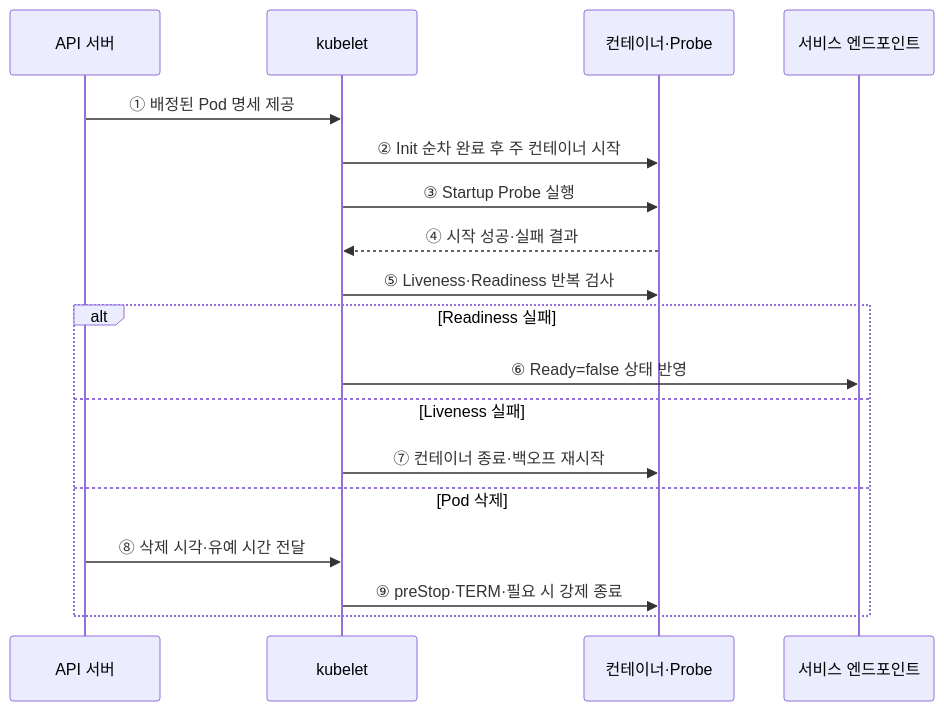
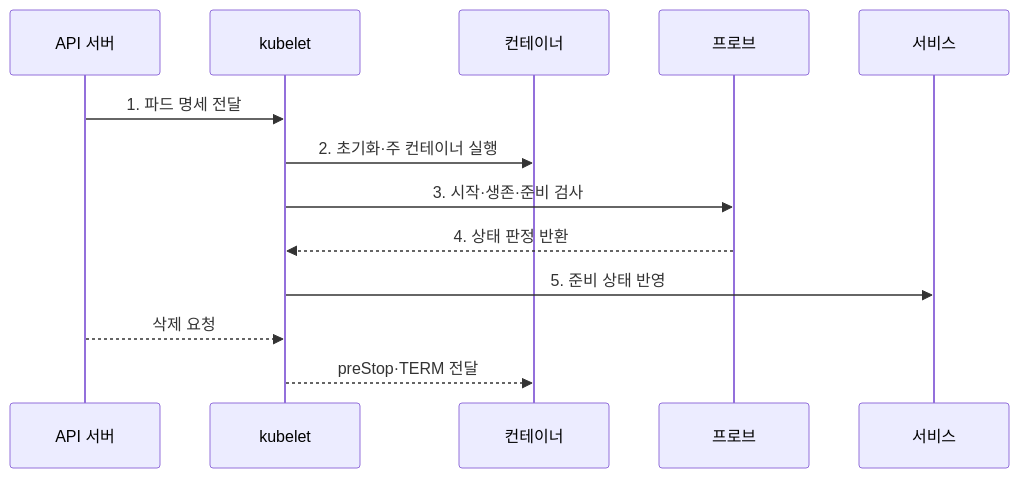
The second of 2 diagrams in src/content/docs/notes/03-software/153_kubernetes_pod_lifecycle.md (agnusdei1207/knowledge-base), drawn with Mermaid before and after one commit. The commit also changed other lines of this file and 20 other files, not shown here.

````diff
--- a/src/content/docs/notes/03-software/153_kubernetes_pod_lifecycle.md
+++ b/src/content/docs/notes/03-software/153_kubernetes_pod_lifecycle.md
@@ -73,20 +85,15 @@
 ```mermaid
 sequenceDiagram
     participant A as API 서버
     participant K as kubelet
-    participant C as 컨테이너·Probe
-    participant E as 서비스 엔드포인트
-    A->>K: ① 배정된 Pod 명세 제공
-    K->>C: ② Init 순차 완료 후 주 컨테이너 시작
-    K->>C: ③ Startup Probe 실행
-    C-->>K: ④ 시작 성공·실패 결과
-    K->>C: ⑤ Liveness·Readiness 반복 검사
-    alt Readiness 실패
-        K->>E: ⑥ Ready=false 상태 반영
-    else Liveness 실패
-        K->>C: ⑦ 컨테이너 종료·백오프 재시작
-    else Pod 삭제
-        A->>K: ⑧ 삭제 시각·유예 시간 전달
-        K->>C: ⑨ preStop·TERM·필요 시 강제 종료
-    end
+    participant C as 컨테이너
+    participant P as 프로브
+    participant E as 서비스
+    A->>K: 1. 파드 명세 전달
+    K->>C: 2. 초기화·주 컨테이너 실행
+    K->>P: 3. 시작·생존·준비 검사
+    P-->>K: 4. 상태 판정 반환
+    K->>E: 5. 준비 상태 반영
+    A-->>K: 삭제 요청
+    K-->>C: preStop·TERM 전달
 ```
````
